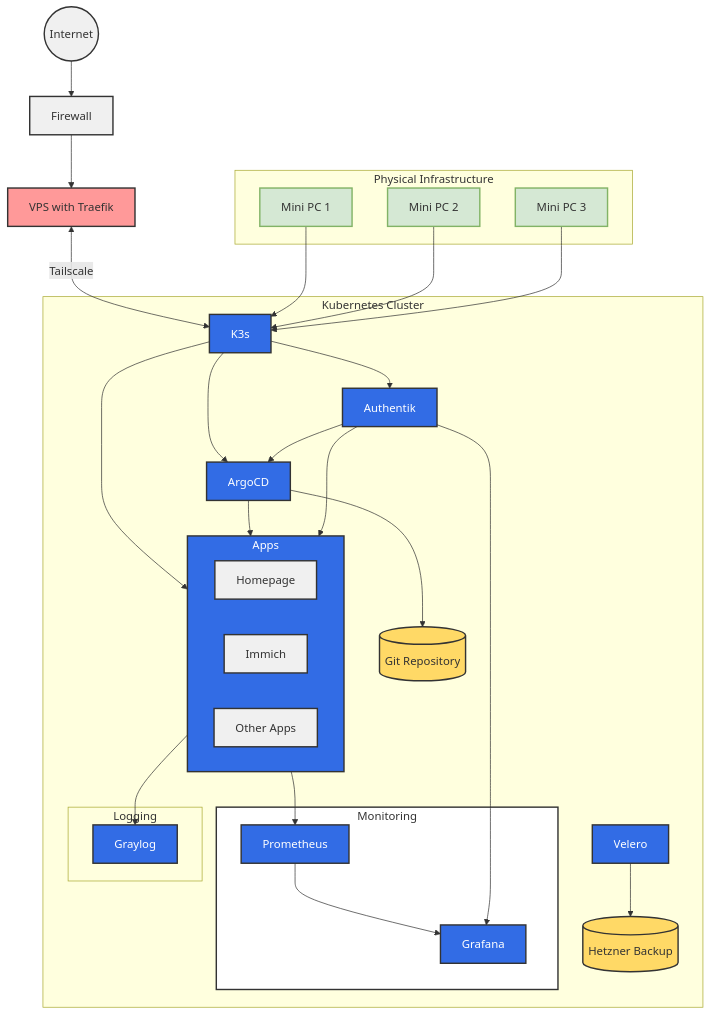
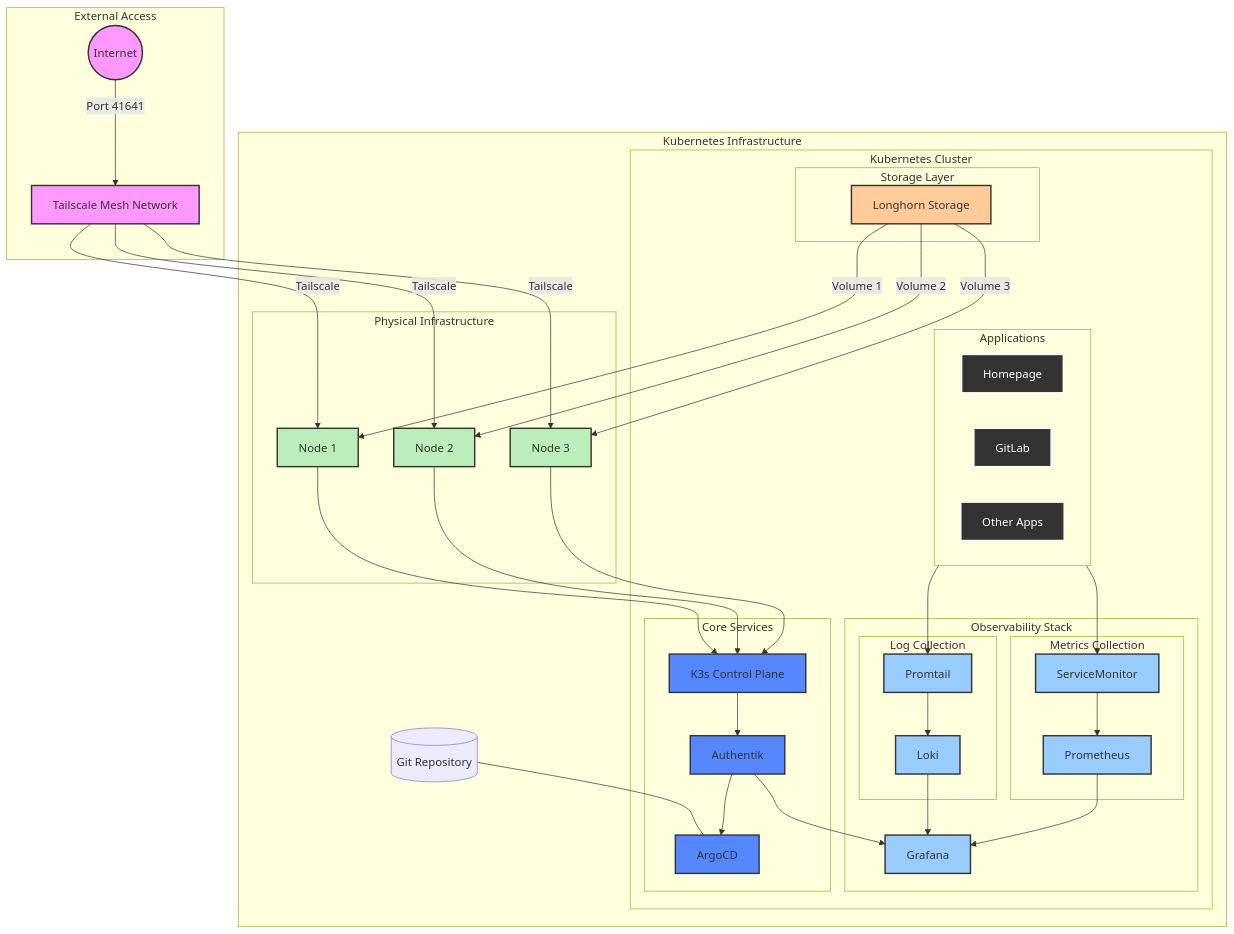
Before and after one commit to rtomik/k3s_ansible: the diagram in readme.md, drawn with Mermaid. The commit also changed other lines of this file and 10 other files, not shown here.

````diff
--- a/readme.md
+++ b/readme.md
@@ -92,46 +106,78 @@
 ``` mermaid
-graph TD
-    Internet((Internet)) --> Firewall
-    Firewall --> VPS[VPS with Traefik]
-    VPS <--> |Tailscale| K3s
-    subgraph "Physical Infrastructure"
-        MiniPC1[Mini PC 1]
-        MiniPC2[Mini PC 2]
-        MiniPC3[Mini PC 3]
+flowchart TD
+    subgraph ExternalAccess["External Access"]
+        Internet((Internet))
+        Internet --> |Port 41641| TailscaleMesh[Tailscale Mesh Network]
     end
-    subgraph "Kubernetes Cluster"
-        MiniPC1 & MiniPC2 & MiniPC3 --> K3s
-        K3s --> ArgoCD
+
+    subgraph Infrastructure["Kubernetes Infrastructure"]
+        subgraph Physical["Physical Infrastructure"]
+            Node1[Node 1]
+            Node2[Node 2]
+            Node3[Node 3]
+            TailscaleMesh --> |Tailscale| Node1
+            TailscaleMesh --> |Tailscale| Node2
+            TailscaleMesh --> |Tailscale| Node3
+        end
+
+        subgraph Cluster["Kubernetes Cluster"]
+            subgraph Storage["Storage Layer"]
+                Longhorn[Longhorn Storage]
+                Longhorn --> |Volume 1| Node1
+                Longhorn --> |Volume 2| Node2
+                Longhorn --> |Volume 3| Node3
+            end
+
+            subgraph Apps["Applications"]
+                Homepage[Homepage]
+                GitLab[GitLab]
+                OtherApps[Other Apps]
+            end
+
+            subgraph Observe["Observability Stack"]
+                subgraph LogCol["Log Collection"]
+                    Promtail --> Loki
+                end
+                subgraph MetCol["Metrics Collection"]
+                    ServiceMonitor --> Prometheus
+                end
+                Loki --> Grafana
+                Prometheus --> Grafana
+            end
+
+            subgraph Core["Core Services"]
+                K3s[K3s Control Plane]
+                Authentik
+                ArgoCD
+            end
+        end
+
+        GitRepo[(Git Repository)] --- ArgoCD
+
+        %% Connections
+        Node1 & Node2 & Node3 --> K3s
         K3s --> Authentik
-        K3s --> Apps
-        ArgoCD --> GitRepo[(Git Repository)]
-        ArgoCD --> Apps
-        subgraph "Monitoring"
-            style Monitoring fill:#ffffff,stroke:#333,stroke-width:2px,color:#333
-            Prometheus --> Grafana
-        end
-        subgraph "Logging"
-            Graylog
-        end
-        subgraph "Apps"
-            Homepage
-            Immich
-            OtherApps[Other Apps]
-        end
-        Apps --> Prometheus
-        Apps --> Graylog
-        Authentik --> Apps
         Authentik --> ArgoCD
         Authentik --> Grafana
-        Velero --> HetznerBackup[(Hetzner Backup)]
+        Apps --> Promtail
+        Apps --> ServiceMonitor
     end
-    classDef default fill:#f0f0f0,stroke:#333,stroke-width:2px,color:#333;
-    classDef k8s fill:#326ce5,stroke:#333,stroke-width:2px,color:#fff;
-    classDef ext fill:#ffd966,stroke:#333,stroke-width:2px;
-    classDef hardware fill:#d5e8d4,stroke:#82b366,stroke-width:2px;
-    classDef vps fill:#ff9999,stroke:#333,stroke-width:2px;
-    class K3s,K3sTraefik,ArgoCD,Authentik,Apps,Prometheus,Grafana,Graylog,K8sCluster,Velero k8s;
-    class GitRepo,HetznerBackup ext;
-    class MiniPC1,MiniPC2,MiniPC3 hardware;
-    class VPS vps;
+
+    %% Styling
+    classDef external fill:#f9f,stroke:#333,stroke-width:2px;
+    classDef infrastructure fill:#beb,stroke:#333,stroke-width:2px;
+    classDef core fill:#58f,stroke:#333,stroke-width:2px;
+    classDef observability fill:#9cf,stroke:#333,stroke-width:2px;
+    classDef storage fill:#fc9,stroke:#333,stroke-width:2px;
+    classDef apps fill:#333,stroke:#fff,stroke-width:2px,color:#fff;
+    
+    class Internet,TailscaleMesh external;
+    class Node1,Node2,Node3 infrastructure;
+    class K3s,Authentik,ArgoCD core;
+    class Prometheus,Grafana,Loki,Promtail,ServiceMonitor observability;
+    class Longhorn storage;
+    class Homepage,GitLab,OtherApps apps;
+
+    %% Layout
+    direction TB
 ```
````
